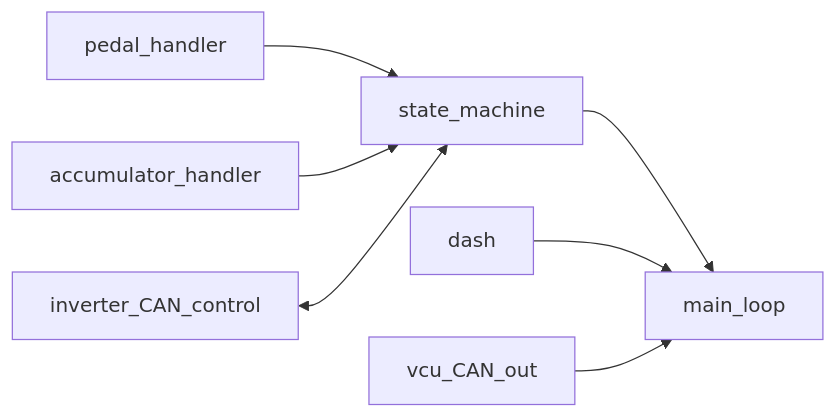
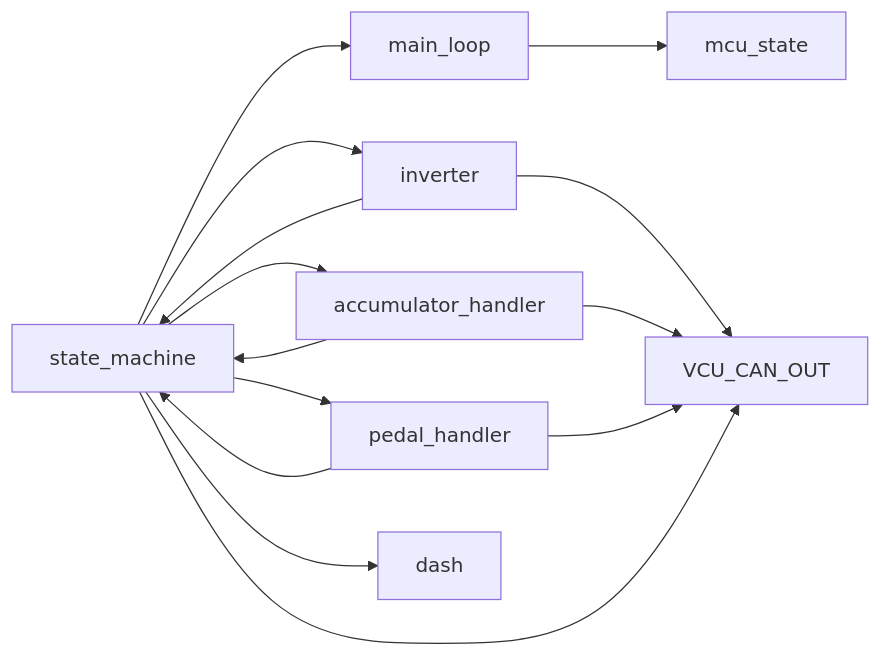
The diagram in README.md (mathbrook/KS5e-VCU-firmware), drawn with Mermaid before and after one commit. The commit also changed other lines of this file, not shown here.

Commit message:
added better diagram

````diff
--- a/README.md
+++ b/README.md
@@ -2,11 +9,20 @@
 ```mermaid
     graph LR;
         state_machine --> main_loop;
-        dash --> main_loop;
-        vcu_CAN_out --> main_loop;
-    
+        main_loop --> mcu_state;
+
         pedal_handler --> state_machine;
         accumulator_handler --> state_machine;
-        inverter_CAN_control <--> state_machine;
+        inverter --> state_machine;
+
+        state_machine --> pedal_handler;
+        state_machine --> accumulator_handler;
+        state_machine --> inverter;
+        state_machine --> dash;
+
+        inverter --> VCU_CAN_OUT;
+        accumulator_handler --> VCU_CAN_OUT;
+        pedal_handler --> VCU_CAN_OUT;
+        state_machine --> VCU_CAN_OUT;
 
 ```
````
